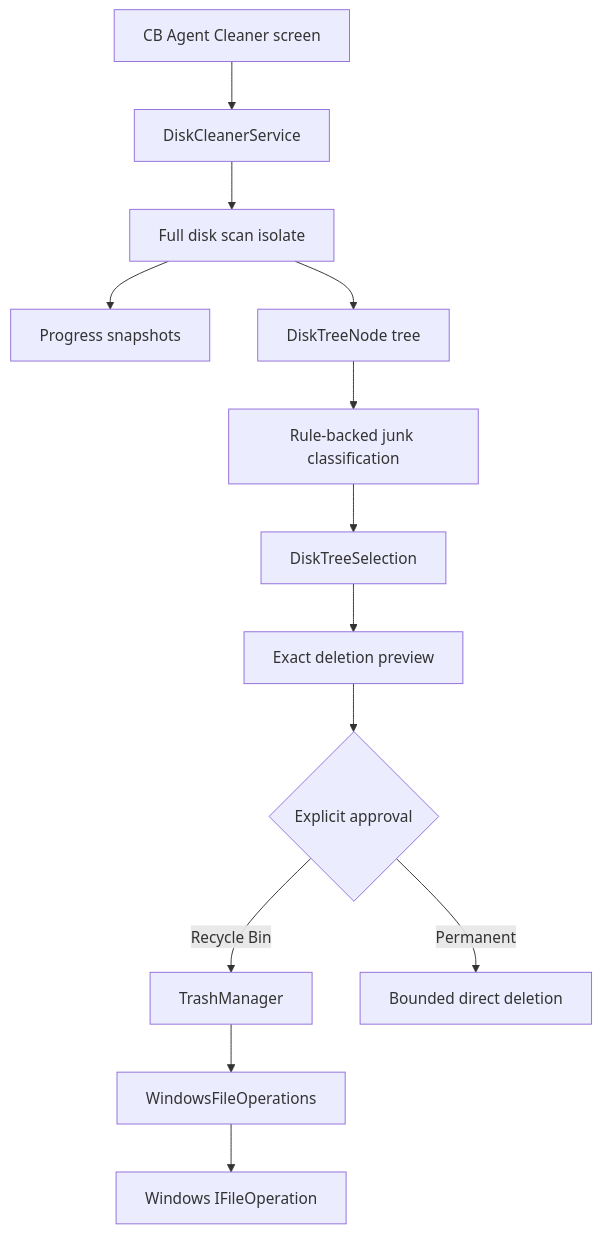
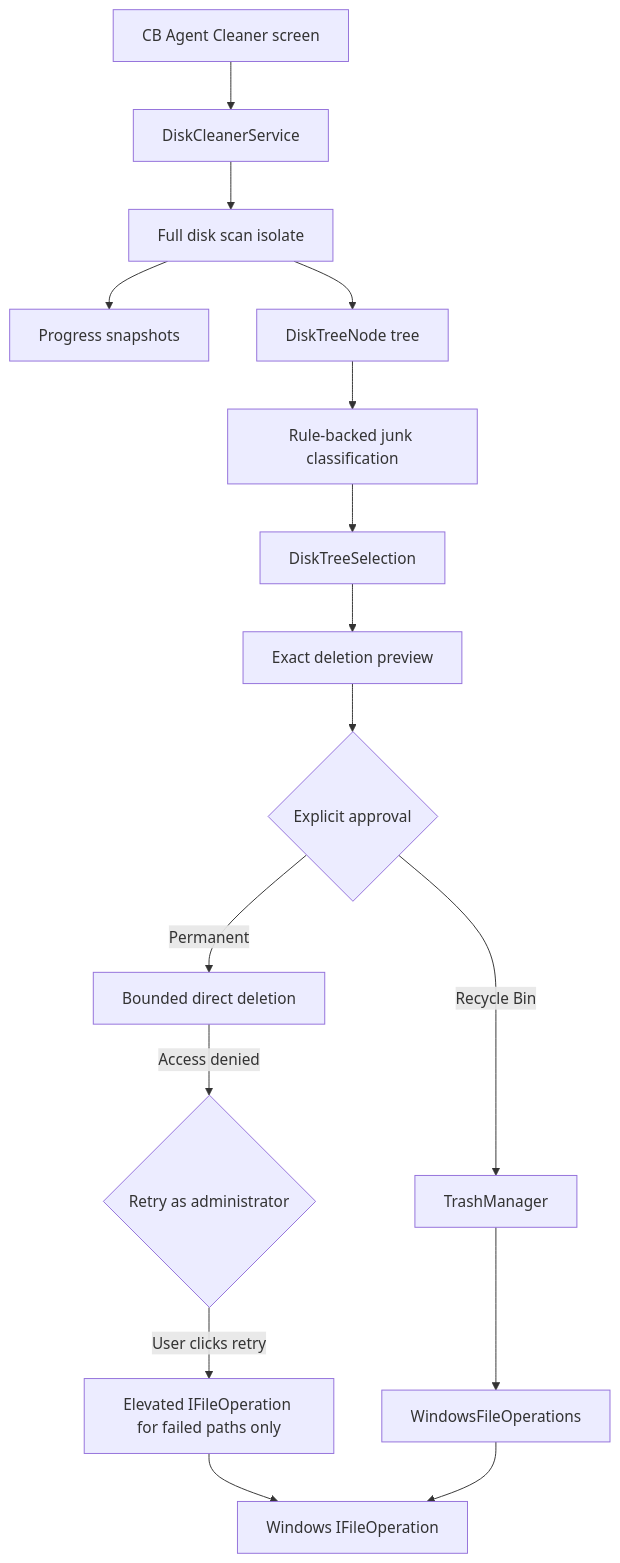
One commit to coolbirdzik/CB-File-Hub changed the fourth of 8 diagrams in docs/agent/flows/core-flows.md. Above: the diagram before and after it, drawn with Mermaid. The commit also changed other lines of this file and 94 other files, not shown here.

````diff
--- a/docs/agent/flows/core-flows.md
+++ b/docs/agent/flows/core-flows.md
@@ -73,15 +77,18 @@
 ```mermaid
 flowchart TD
     Screen[CB Agent Cleaner screen] --> Scan[DiskCleanerService]
     Scan --> Worker[Full disk scan isolate]
     Worker --> Progress[Progress snapshots]
     Worker --> Tree[DiskTreeNode tree]
     Tree --> Classification[Rule-backed junk classification]
     Classification --> Selection[DiskTreeSelection]
     Selection --> Preview[Exact deletion preview]
     Preview --> Approval{Explicit approval}
     Approval -->|Recycle Bin| Trash[TrashManager]
     Approval -->|Permanent| Direct[Bounded direct deletion]
+    Direct -->|Access denied| Retry{Retry as administrator}
+    Retry -->|User clicks retry| Elevated[Elevated IFileOperation for failed paths only]
+    Elevated --> Shell[Windows IFileOperation]
     Trash --> FileOps[WindowsFileOperations]
     FileOps --> Shell[Windows IFileOperation]
 ```
````
